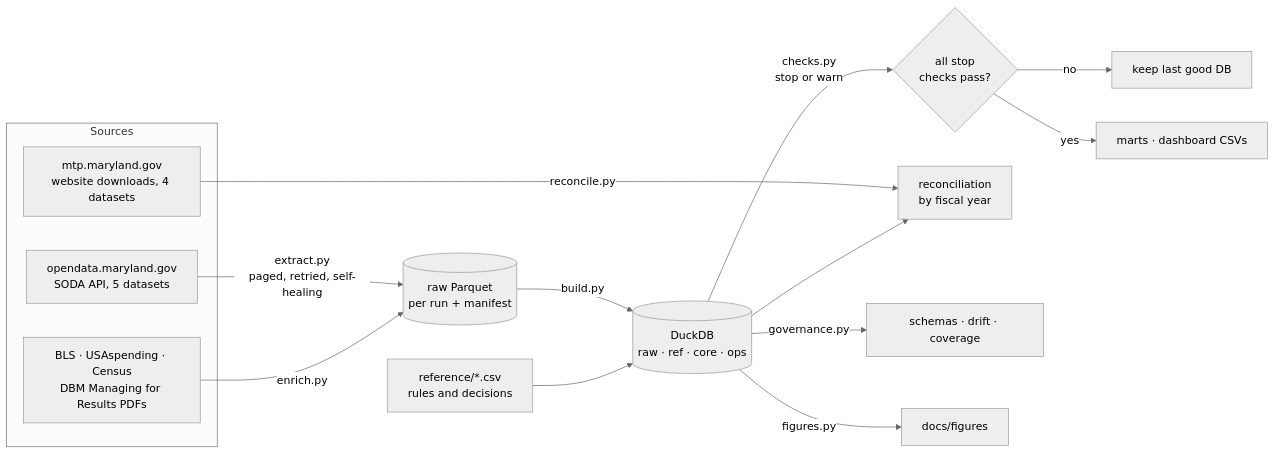
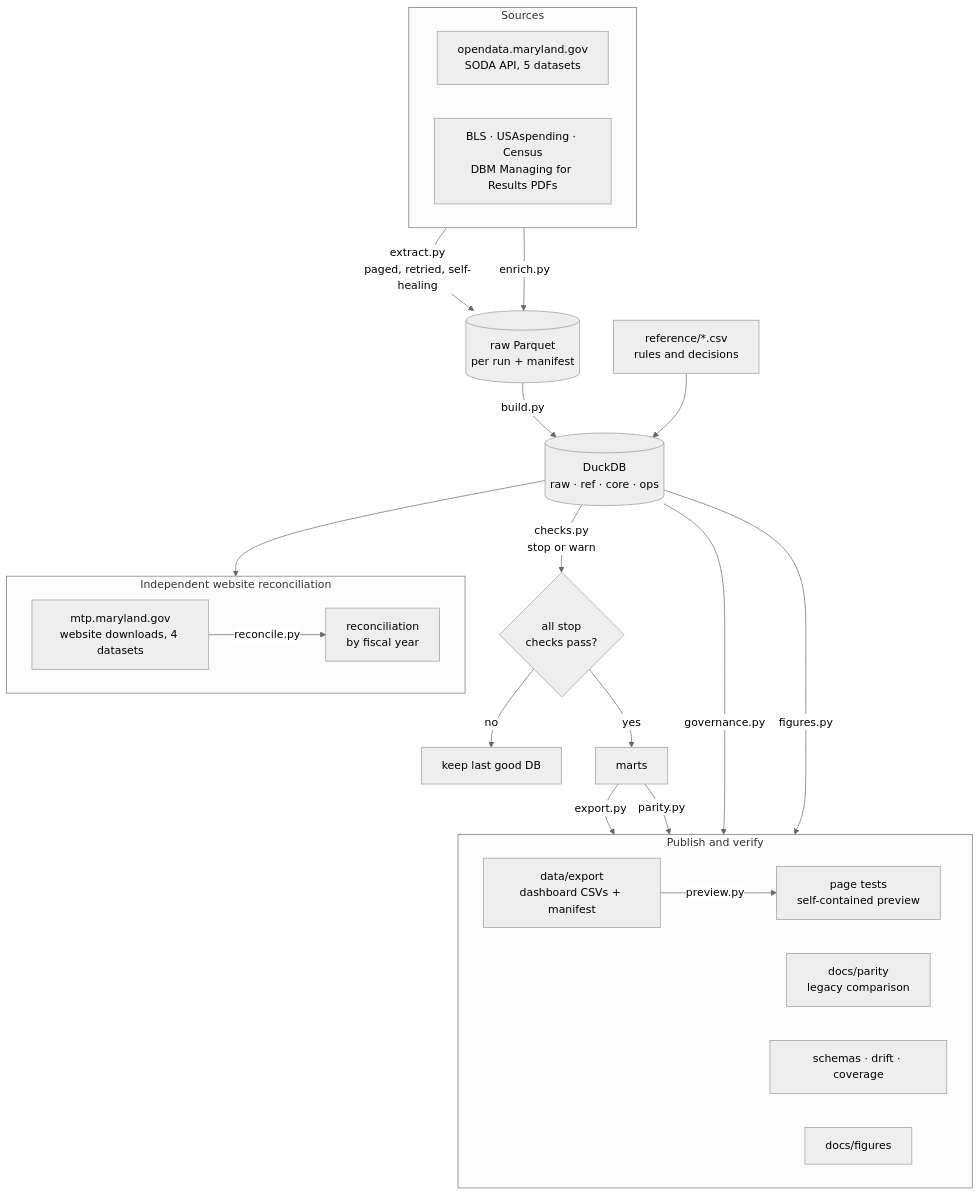
Before and after one commit to EVO3-Ecosystem/gmi-savings-tracker: the diagram in README.md, drawn with Mermaid (neutral theme). The commit also changed other lines of this file and 5 other files, not shown here.

Commit message:
Consolidate documentation and figure source fixes

````diff
--- a/README.md
+++ b/README.md
@@ -14,19 +14,35 @@
 ```mermaid
-flowchart LR
+flowchart TB
   subgraph S[Sources]
+    direction LR
     A[opendata.maryland.gov<br/>SODA API, 5 datasets]
-    W[mtp.maryland.gov<br/>website downloads, 4 datasets]
     X[BLS · USAspending · Census<br/>DBM Managing for Results PDFs]
   end
   A -->|extract.py<br/>paged, retried, self-healing| R[(raw Parquet<br/>per run + manifest)]
   X -->|enrich.py| R
   R -->|build.py| D[(DuckDB<br/>raw · ref · core · ops)]
   F[reference/*.csv<br/>rules and decisions] --> D
   D -->|checks.py<br/>stop or warn| Q{all stop<br/>checks pass?}
   Q -->|no| K[keep last good DB]
-  Q -->|yes| M[marts · dashboard CSVs]
-  W -->|reconcile.py| C[reconciliation<br/>by fiscal year]
+  Q -->|yes| M[marts]
+  subgraph O[Publish and verify]
+    direction LR
+    E[data/export<br/>dashboard CSVs + manifest]
+    PA[docs/parity<br/>legacy comparison]
+    PV[page tests<br/>self-contained preview]
+    G[schemas · drift · coverage]
+    P[docs/figures]
+  end
+  M -->|export.py| E
+  M -->|parity.py| PA
+  E -->|preview.py| PV
+  subgraph RC[Independent website reconciliation]
+    direction LR
+    W[mtp.maryland.gov<br/>website downloads, 4 datasets]
+    C[reconciliation<br/>by fiscal year]
+    W -->|reconcile.py| C
+  end
   D --> C
   D -->|governance.py| G[schemas · drift · coverage]
   D -->|figures.py| P[docs/figures]
 ```
````
